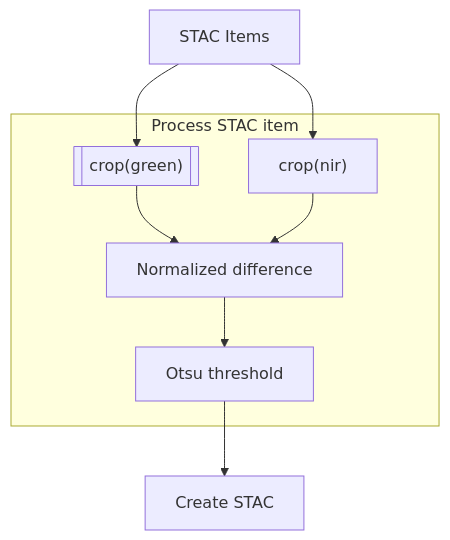
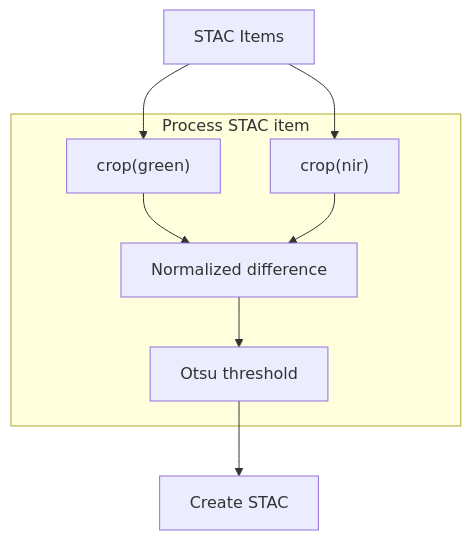
One commit to Terradue/app-package-training-bids23 changed the first of 2 diagrams in docs/app/app.md. Above: the diagram before and after it, drawn with Mermaid. The commit also changed other lines of this file, not shown here.

Commit message:
app mermaid

````diff
--- a/docs/app/app.md
+++ b/docs/app/app.md
@@ -32,11 +32,11 @@
 ``` mermaid
 graph TB
   A[STAC Items] --> B
   A[STAC Items] --> C
 subgraph Process STAC item
-  B[["crop(green)"]] --> D[Normalized difference];
+  B["crop(green)"] --> D[Normalized difference];
   C["crop(nir)"] --> D[Normalized difference];
   D --> E[Otsu threshold]
 end
   E --> F[Create STAC]
 ```
````
